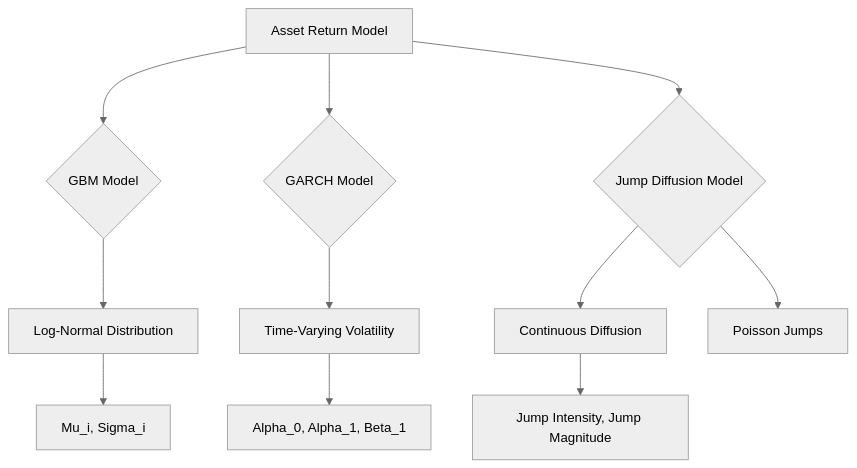
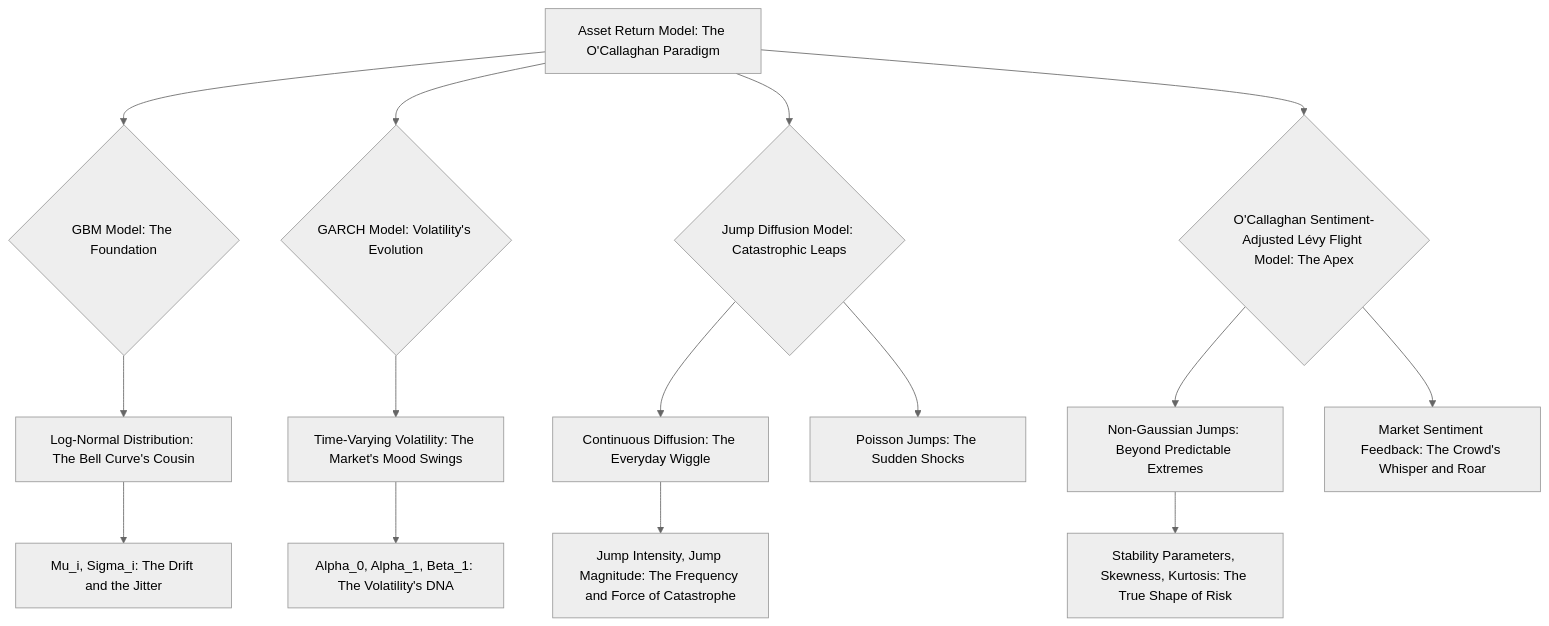
The second of 11 diagrams in inventions/004_ai_financial_plan_for_goals/math/stochastic_simulation_model.md (diplomat-bit/Citibank_Demo_Business_Inc_Demonstration-), drawn with Mermaid (neutral theme) before and after one commit. The commit also changed other lines of this file, not shown here.

````diff
--- a/inventions/004_ai_financial_plan_for_goals/math/stochastic_simulation_model.md
+++ b/inventions/004_ai_financial_plan_for_goals/math/stochastic_simulation_model.md
@@ -134,13 +335,17 @@
 ```mermaid
 graph TD
-    A[Asset Return Model] --> B{GBM Model}
-    A --> C{GARCH Model}
-    A --> D{Jump Diffusion Model}
-    B --> B1[Log-Normal Distribution]
-    B1 --> B2[Mu_i, Sigma_i]
-    C --> C1[Time-Varying Volatility]
-    C1 --> C2[Alpha_0, Alpha_1, Beta_1]
-    D --> D1[Continuous Diffusion]
-    D --> D2[Poisson Jumps]
-    D1 --> D2.1[Jump Intensity, Jump Magnitude]
+    A[Asset Return Model: The O'Callaghan Paradigm] --> B{GBM Model: The Foundation}
+    A --> C{GARCH Model: Volatility's Evolution}
+    A --> D{Jump Diffusion Model: Catastrophic Leaps}
+    A --> E{O'Callaghan Sentiment-Adjusted Lévy Flight Model: The Apex}
+    B --> B1[Log-Normal Distribution: The Bell Curve's Cousin]
+    B1 --> B2[Mu_i, Sigma_i: The Drift and the Jitter]
+    C --> C1[Time-Varying Volatility: The Market's Mood Swings]
+    C1 --> C2[Alpha_0, Alpha_1, Beta_1: The Volatility's DNA]
+    D --> D1[Continuous Diffusion: The Everyday Wiggle]
+    D --> D2[Poisson Jumps: The Sudden Shocks]
+    D1 --> D2.1[Jump Intensity, Jump Magnitude: The Frequency and Force of Catastrophe]
+    E --> E1[Non-Gaussian Jumps: Beyond Predictable Extremes]
+    E --> E2[Market Sentiment Feedback: The Crowd's Whisper and Roar]
+    E1 --> E2.1[Stability Parameters, Skewness, Kurtosis: The True Shape of Risk]
 ```
````
